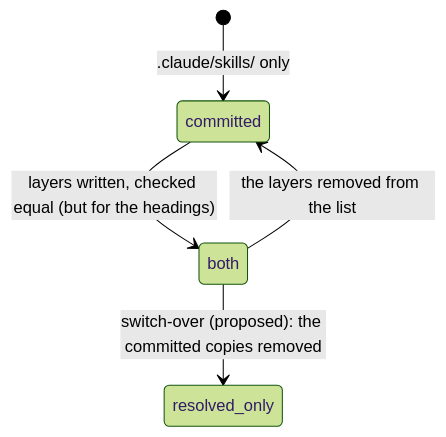
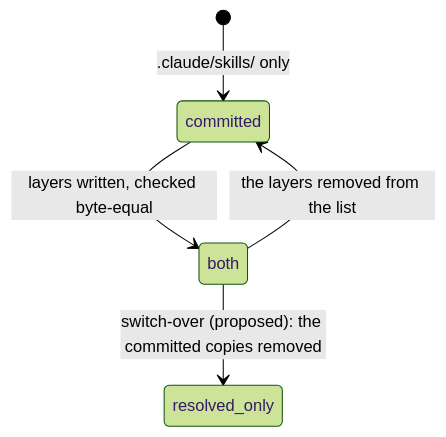
One commit to nabil-becker/devcontainer-features changed diagram 11 of 12 in docs/architecture/lifecycles.md. Above: the diagram before and after it, drawn with Mermaid (forest theme). The commit also changed 14 other files, not shown here.

First line of the commit message:
feat(component-registry): heading: false and front matter values; the first use is byte-equal (component-registry 1.3.0; component-registry-build)

````diff
--- a/docs/architecture/lifecycles.md
+++ b/docs/architecture/lifecycles.md
@@ -202,7 +202,7 @@
 ```mermaid
 stateDiagram-v2
   [*] --> committed: .claude/skills/<name> only
-  committed --> both: layers written, checked equal (but for the headings)
+  committed --> both: layers written, checked byte-equal
   both --> resolved_only: switch-over (proposed): the committed copies removed
   both --> committed: the layers removed from the list
 ```
````
